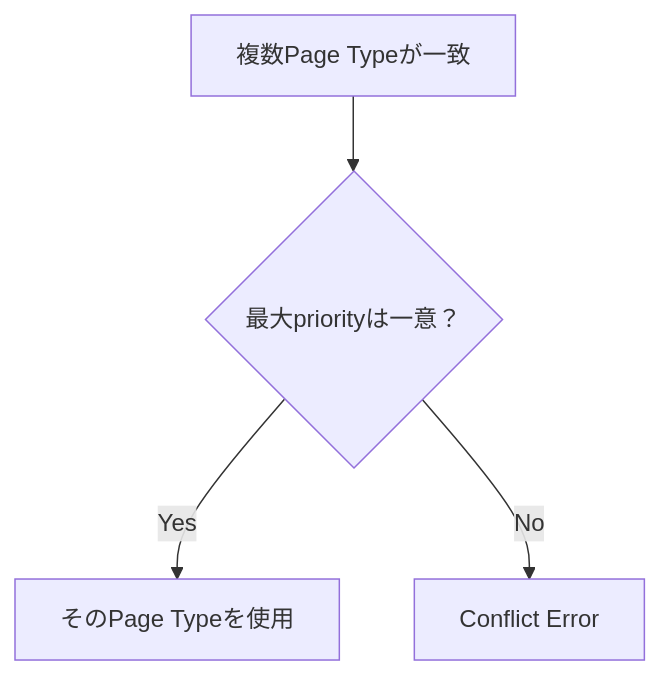
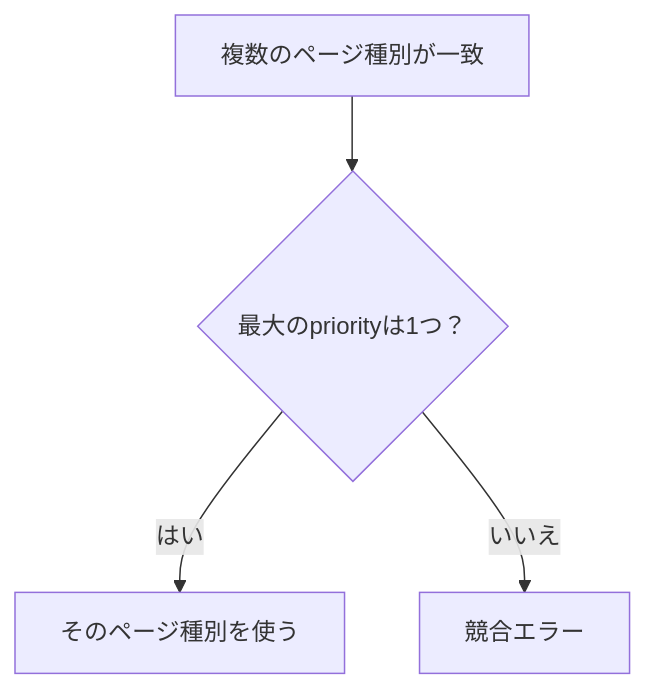
Diagram 11 of 14 in docs/docs/framework/page-system.ja.md (Rerurate514/riebeckite), drawn with Mermaid before and after one commit. The commit also changed other lines of this file and 310 other files, not shown here.

````diff
--- a/docs/docs/framework/page-system.ja.md
+++ b/docs/docs/framework/page-system.ja.md
@@ -359,10 +323,10 @@
 ```mermaid id="19y0sc"
 flowchart TD
-    Match["複数Page Typeが一致"]
-    Priority{"最大priorityは一意？"}
+    Match["複数のページ種別が一致"]
+    Priority{"最大のpriorityは1つ？"}
 
     Match --> Priority
 
-    Priority -->|Yes| Resolve["そのPage Typeを使用"]
-    Priority -->|No| Error["Conflict Error"]
+    Priority -->|"はい"| Resolve["そのページ種別を使う"]
+    Priority -->|"いいえ"| Error["競合エラー"]
 ```
````
